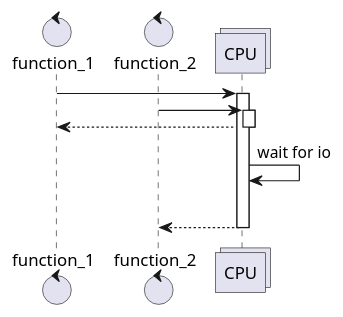
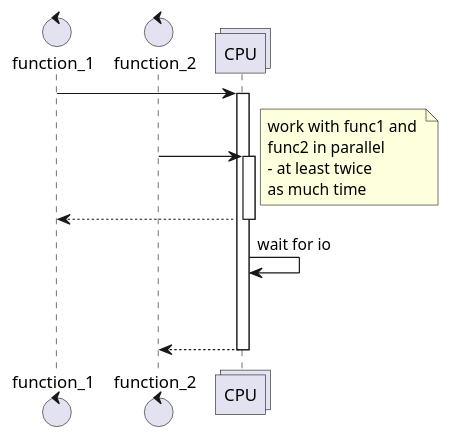
The diagram in _includes/src/process_par.puml (andgineer/sorokin.engineer), drawn with PlantUML before and after one commit. The commit also changed 2 other files, not shown here.

```diff
--- a/_includes/src/process_par.puml
+++ b/_includes/src/process_par.puml
@@ -1,16 +1,18 @@
 @startuml
 control function_1
 control function_2
 collections CPU
 
 function_1 -> CPU
 activate CPU
 function_2 -> CPU
+note right: work with func1 and \nfunc2 in parallel\n- at least twice \nas much time
 activate CPU
 CPU --> function_1
 deactivate CPU
 CPU -> CPU: wait for io
 |||
+|||
 CPU --> function_2
 deactivate CPU
 @enduml
```
